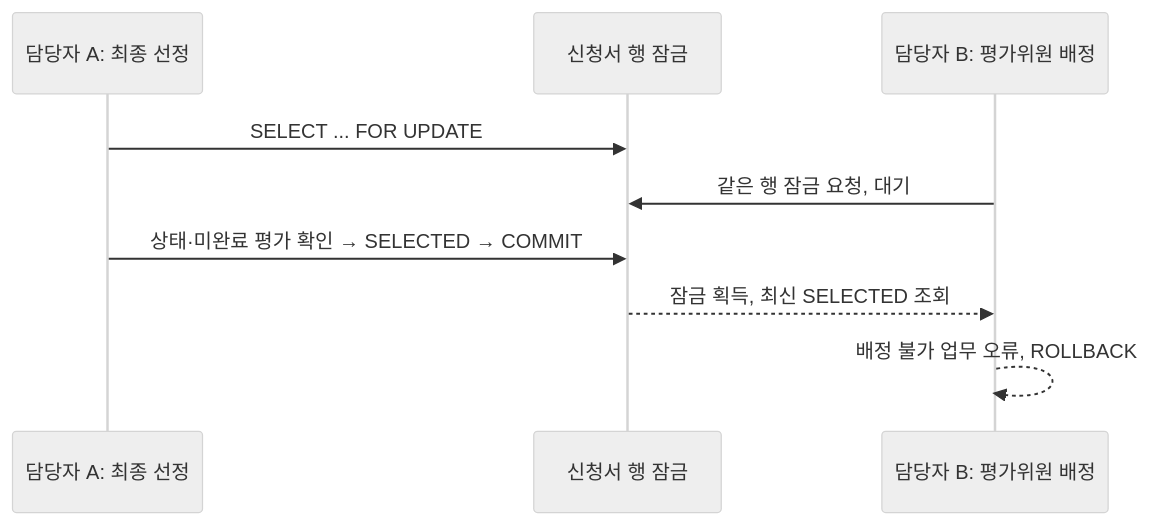
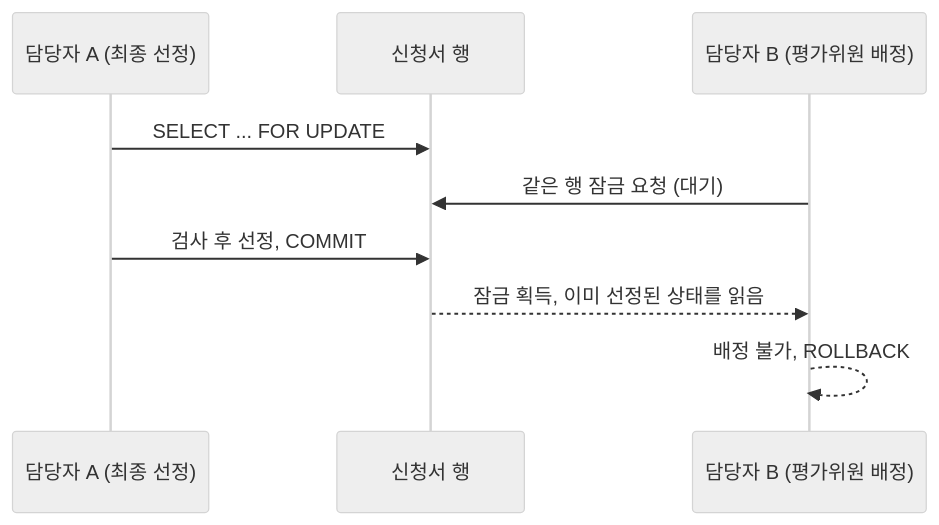
One commit to gwangco/daegu-pms changed the diagram in docs/SPRINT4_MESSAGES_SECURITY.md. Above: the diagram before and after it, drawn with Mermaid (neutral theme). The commit also changed other lines of this file and 16 other files, not shown here.

````diff
--- a/docs/SPRINT4_MESSAGES_SECURITY.md
+++ b/docs/SPRINT4_MESSAGES_SECURITY.md
@@ -61,11 +21,11 @@
 ```mermaid
 sequenceDiagram
-    participant A as 담당자 A: 최종 선정
-    participant DB as 신청서 행 잠금
-    participant B as 담당자 B: 평가위원 배정
+    participant A as 담당자 A (최종 선정)
+    participant DB as 신청서 행
+    participant B as 담당자 B (평가위원 배정)
     A->>DB: SELECT ... FOR UPDATE
-    B->>DB: 같은 행 잠금 요청, 대기
-    A->>DB: 상태·미완료 평가 확인 → SELECTED → COMMIT
-    DB-->>B: 잠금 획득, 최신 SELECTED 조회
-    B-->>B: 배정 불가 업무 오류, ROLLBACK
+    B->>DB: 같은 행 잠금 요청 (대기)
+    A->>DB: 검사 후 선정, COMMIT
+    DB-->>B: 잠금 획득, 이미 선정된 상태를 읽음
+    B-->>B: 배정 불가, ROLLBACK
 ```
````
